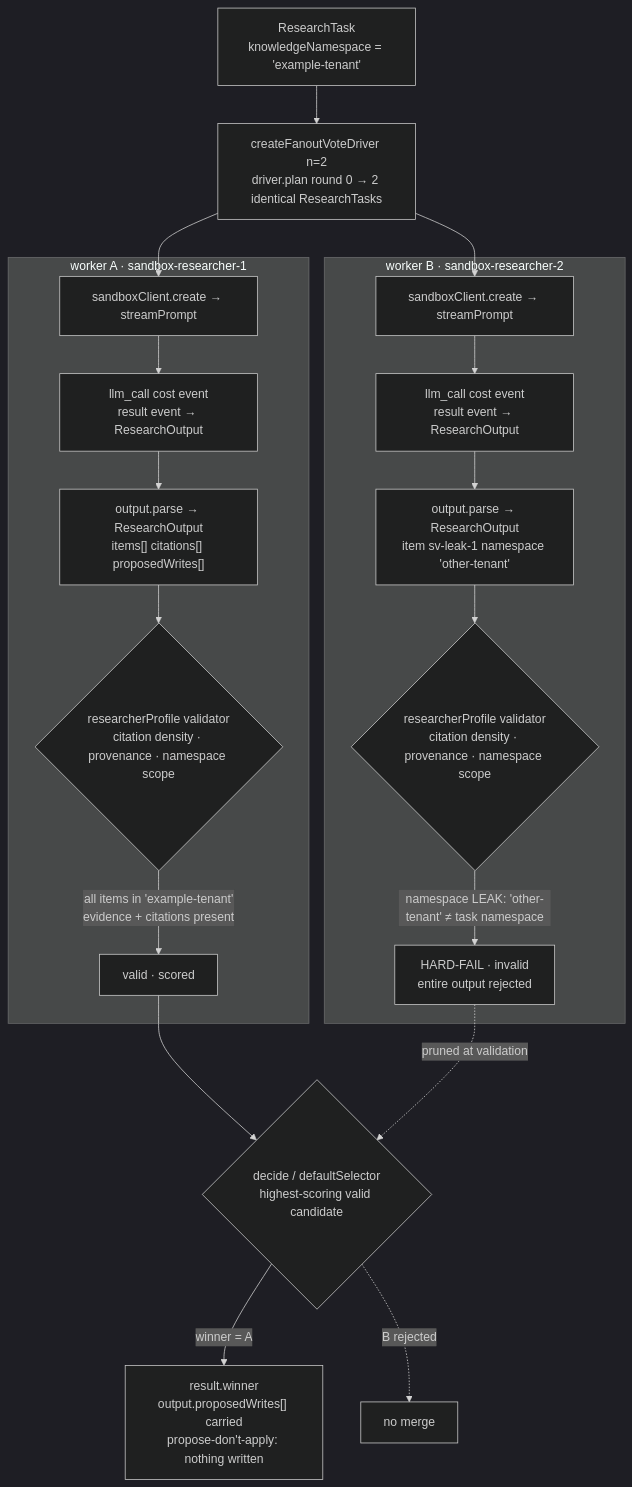
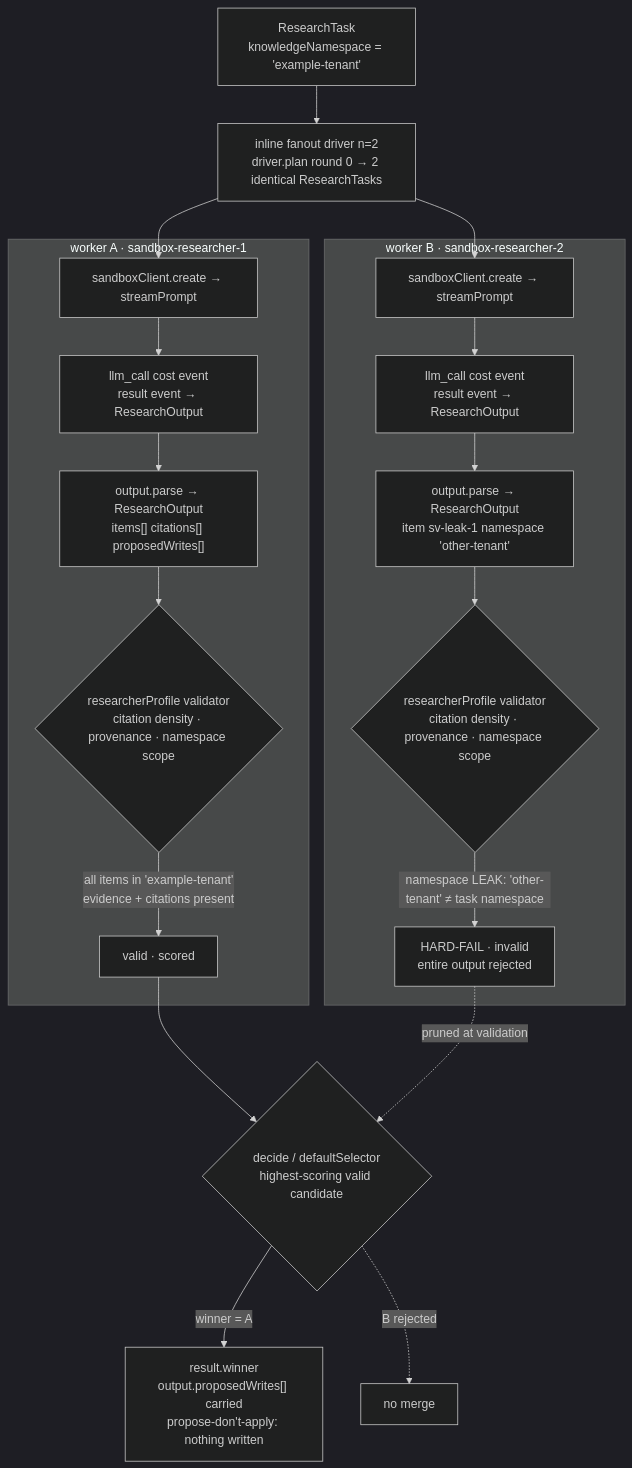
Before and after one commit to tangle-network/agent-runtime: the diagram in examples/researcher-loop/README.md, drawn with Mermaid (dark theme). The commit also changed other lines of this file and 35 other files, not shown here.

````diff
--- a/examples/researcher-loop/README.md
+++ b/examples/researcher-loop/README.md
@@ -14,28 +16,28 @@
 ```mermaid
 flowchart TD
   task["ResearchTask<br/>knowledgeNamespace = 'example-tenant'"] --> driver
 
-  driver["createFanoutVoteDriver n=2<br/>driver.plan round 0 → 2 identical ResearchTasks"]
+  driver["inline fanout driver n=2<br/>driver.plan round 0 → 2 identical ResearchTasks"]
   driver --> wA
   driver --> wB
 
   subgraph A["worker A · sandbox-researcher-1"]
     wA["sandboxClient.create → streamPrompt"] --> evA["llm_call cost event<br/>result event → ResearchOutput"]
     evA --> parseA["output.parse → ResearchOutput<br/>items[] citations[] proposedWrites[]"]
     parseA --> valA{"researcherProfile validator<br/>citation density · provenance · namespace scope"}
     valA -->|"all items in 'example-tenant'<br/>evidence + citations present"| okA["valid · scored"]
   end
 
   subgraph B["worker B · sandbox-researcher-2"]
     wB["sandboxClient.create → streamPrompt"] --> evB["llm_call cost event<br/>result event → ResearchOutput"]
     evB --> parseB["output.parse → ResearchOutput<br/>item sv-leak-1 namespace 'other-tenant'"]
     parseB --> valB{"researcherProfile validator<br/>citation density · provenance · namespace scope"}
     valB -->|"namespace LEAK: 'other-tenant' ≠ task namespace"| failB["HARD-FAIL · invalid<br/>entire output rejected"]
   end
 
   okA --> decide{"decide / defaultSelector<br/>highest-scoring valid candidate"}
   failB -. pruned at validation .-> decide
 
   decide -->|winner = A| winner["result.winner<br/>output.proposedWrites[] carried<br/>propose-don't-apply: nothing written"]
   decide -. B rejected .-> dead["no merge"]
 ```
````
